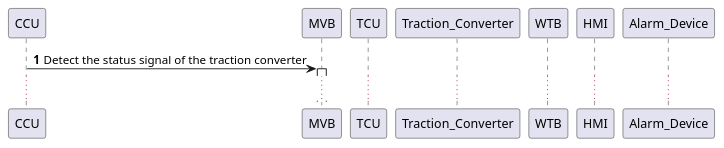
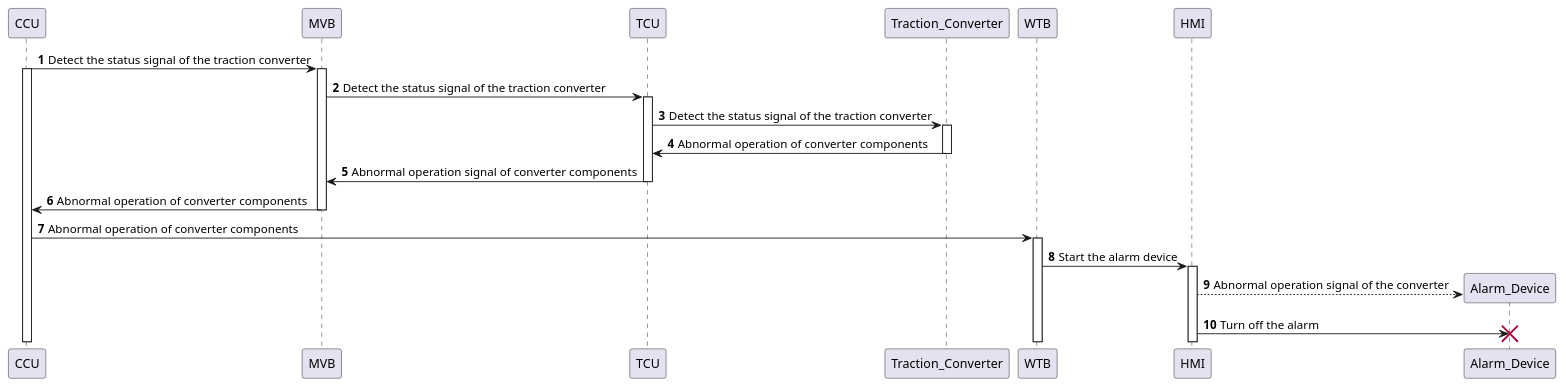
Before and after one commit to HansBug/research_ideas: the third of 3 diagrams in project_1_llm_state_machine_modeling/discussions/2026-04-15-01-03-52-AI-讨论-baselines双绿数据集下载解析与parquet化.md, drawn with PlantUML. The commit also changed other lines of this file, not shown here.

````diff
--- a/project_1_llm_state_machine_modeling/discussions/2026-04-15-01-03-52-AI-讨论-baselines双绿数据集下载解析与parquet化.md
+++ b/project_1_llm_state_machine_modeling/discussions/2026-04-15-01-03-52-AI-讨论-baselines双绿数据集下载解析与parquet化.md
@@ -238,14 +288,25 @@
 ```plantuml
-@startuml
-participant CCU
-participant MVB
-participant TCU
+@startuml 
+participant CCU 
+participant MVB 
+participant TCU 
 participant Traction_Converter
-participant WTB
-participant HMI
+participant WTB 
+participant HMI 
 participant Alarm_Device
-autonumber
+
+autonumber 
+
 CCU -> MVB ++ : Detect the status signal of the traction converter
-...
+activate CCU 
+MVB -> TCU ++ : Detect the status signal of the traction converter
+TCU -> Traction_Converter ++ : Detect the status signal of the traction converter
+Traction_Converter -> TCU -- : Abnormal operation of converter components
+TCU -> MVB -- : Abnormal operation signal of converter components
+MVB -> CCU -- : Abnormal operation of converter components
+CCU -> WTB ++ : Abnormal operation of converter components
+WTB -> HMI ++ : Start the alarm device
+HMI --> Alarm_Device **: Abnormal operation signal of the converter
+HMI -> Alarm_Device !!: Turn off the alarm
 @enduml
 ```
````
